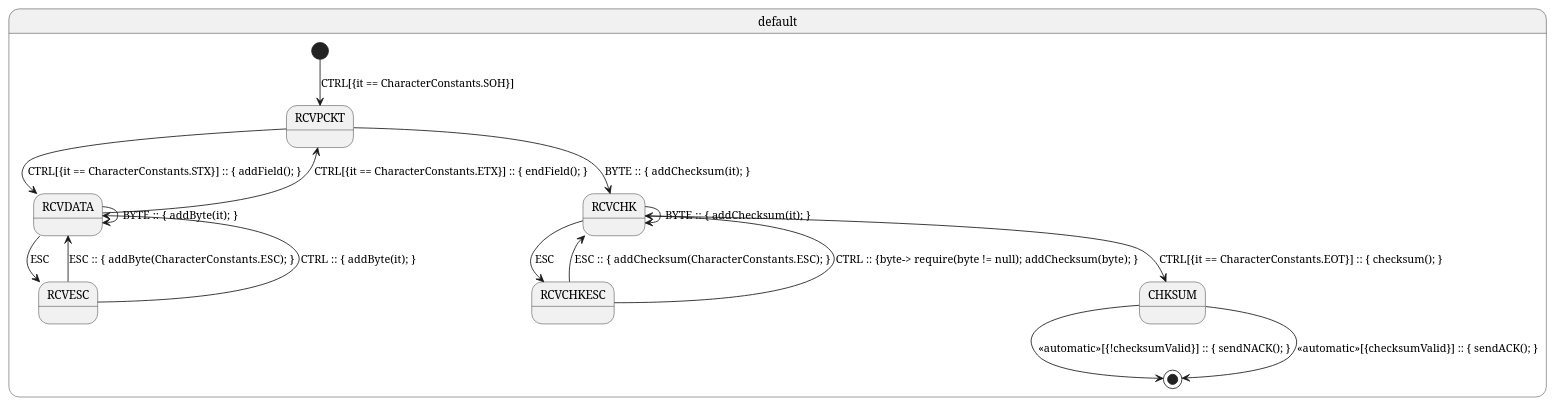
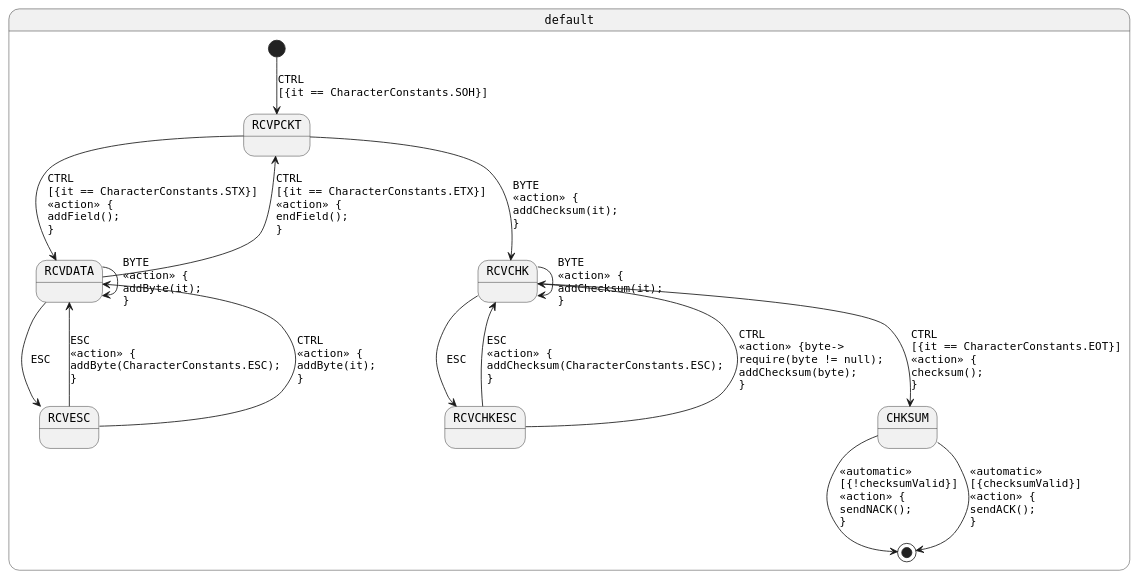
Before and after one commit to open-jumpco/kfsm-viz: the diagram in generated-parsed/packet-reader.plantuml, drawn with PlantUML. The commit also changed 8 other files, not shown here.

Commit message:
improved look of State diagrams by adding line breaks that left align and monospaced font.

```diff
--- a/generated-parsed/packet-reader.plantuml
+++ b/generated-parsed/packet-reader.plantuml
@@ -1,19 +1,21 @@
 @startuml
+skinparam StateFontName Helvetica
+skinparam defaultFontName Monospaced
 state default {
-[*] --> RCVPCKT : CTRL[{it == CharacterConstants.SOH}]
-RCVPCKT --> RCVDATA : CTRL[{it == CharacterConstants.STX}] :: {  addField();  }
-RCVPCKT --> RCVCHK : BYTE :: {  addChecksum(it);  }
-RCVDATA --> RCVDATA : BYTE :: {  addByte(it);  }
-RCVDATA --> RCVPCKT : CTRL[{it == CharacterConstants.ETX}] :: {  endField();  }
+[*] --> RCVPCKT : CTRL\l[{it == CharacterConstants.SOH}]
+RCVPCKT --> RCVDATA : CTRL\l[{it == CharacterConstants.STX}]\l<<action>> {\laddField();\l}
+RCVPCKT --> RCVCHK : BYTE\l<<action>> {\laddChecksum(it);\l}
+RCVDATA --> RCVDATA : BYTE\l<<action>> {\laddByte(it);\l}
+RCVDATA --> RCVPCKT : CTRL\l[{it == CharacterConstants.ETX}]\l<<action>> {\lendField();\l}
 RCVDATA --> RCVESC : ESC
-RCVESC --> RCVDATA : ESC :: {  addByte(CharacterConstants.ESC);  }
-RCVESC --> RCVDATA : CTRL :: {  addByte(it);  }
-RCVCHK --> RCVCHK : BYTE :: {  addChecksum(it);  }
+RCVESC --> RCVDATA : ESC\l<<action>> {\laddByte(CharacterConstants.ESC);\l}
+RCVESC --> RCVDATA : CTRL\l<<action>> {\laddByte(it);\l}
+RCVCHK --> RCVCHK : BYTE\l<<action>> {\laddChecksum(it);\l}
 RCVCHK --> RCVCHKESC : ESC
-RCVCHK --> CHKSUM : CTRL[{it == CharacterConstants.EOT}] :: {  checksum();  }
-CHKSUM --> [*] : <<automatic>>[{!checksumValid}] :: {  sendNACK();  }
-CHKSUM --> [*] : <<automatic>>[{checksumValid}] :: {  sendACK();  }
-RCVCHKESC --> RCVCHK : ESC :: {  addChecksum(CharacterConstants.ESC);  }
-RCVCHKESC --> RCVCHK : CTRL :: {byte->  require(byte != null);  addChecksum(byte);  }
+RCVCHK --> CHKSUM : CTRL\l[{it == CharacterConstants.EOT}]\l<<action>> {\lchecksum();\l}
+CHKSUM --> [*] : <<automatic>>\l[{!checksumValid}]\l<<action>> {\lsendNACK();\l}
+CHKSUM --> [*] : <<automatic>>\l[{checksumValid}]\l<<action>> {\lsendACK();\l}
+RCVCHKESC --> RCVCHK : ESC\l<<action>> {\laddChecksum(CharacterConstants.ESC);\l}
+RCVCHKESC --> RCVCHK : CTRL\l<<action>> {byte->\lrequire(byte != null);\laddChecksum(byte);\l}
 }
 @enduml
```
